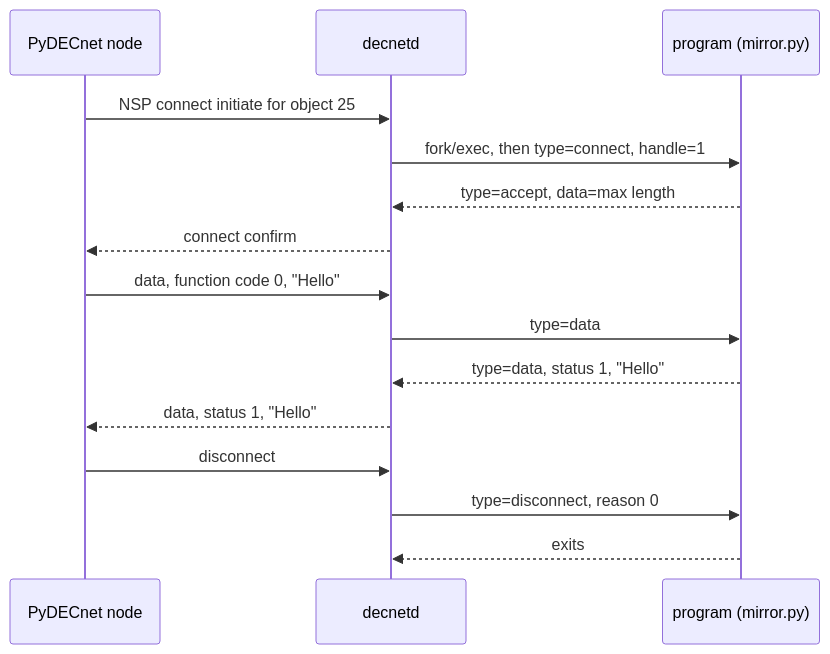
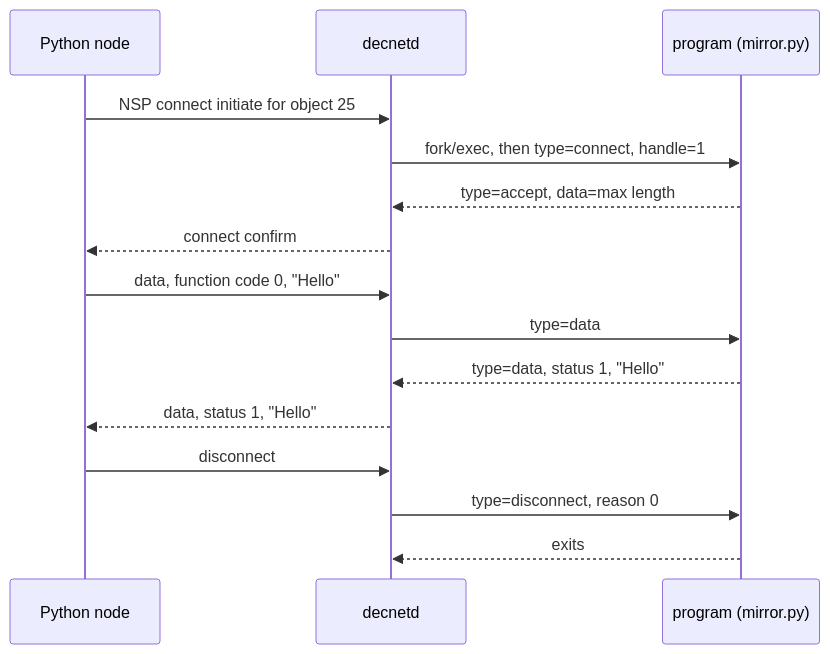
One commit to RichardPar/cppdecnet changed the sixth of 6 diagrams in PORTING.md. Above: the diagram before and after it, drawn with Mermaid. The commit also changed other lines of this file and 87 other files, not shown here.

````diff
--- a/PORTING.md
+++ b/PORTING.md
@@ -274,18 +274,18 @@
 ```mermaid
 sequenceDiagram
-    participant P as PyDECnet node
+    participant P as Python node
     participant D as decnetd
     participant A as program (mirror.py)
 
     P->>D: NSP connect initiate for object 25
     D->>A: fork/exec, then type=connect, handle=1
     A-->>D: type=accept, data=max length
     D-->>P: connect confirm
     P->>D: data, function code 0, "Hello"
     D->>A: type=data
     A-->>D: type=data, status 1, "Hello"
     D-->>P: data, status 1, "Hello"
     P->>D: disconnect
     D->>A: type=disconnect, reason 0
     A-->>D: exits
 ```
````
